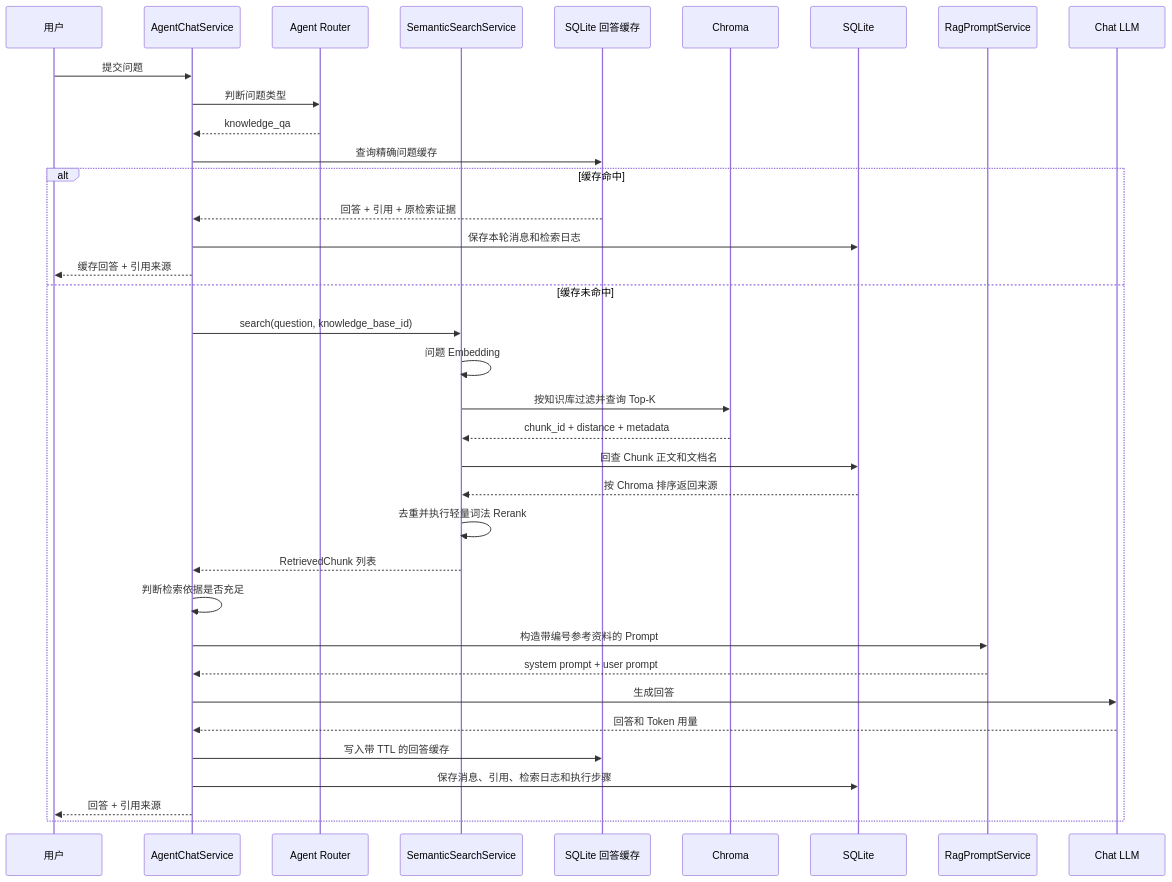
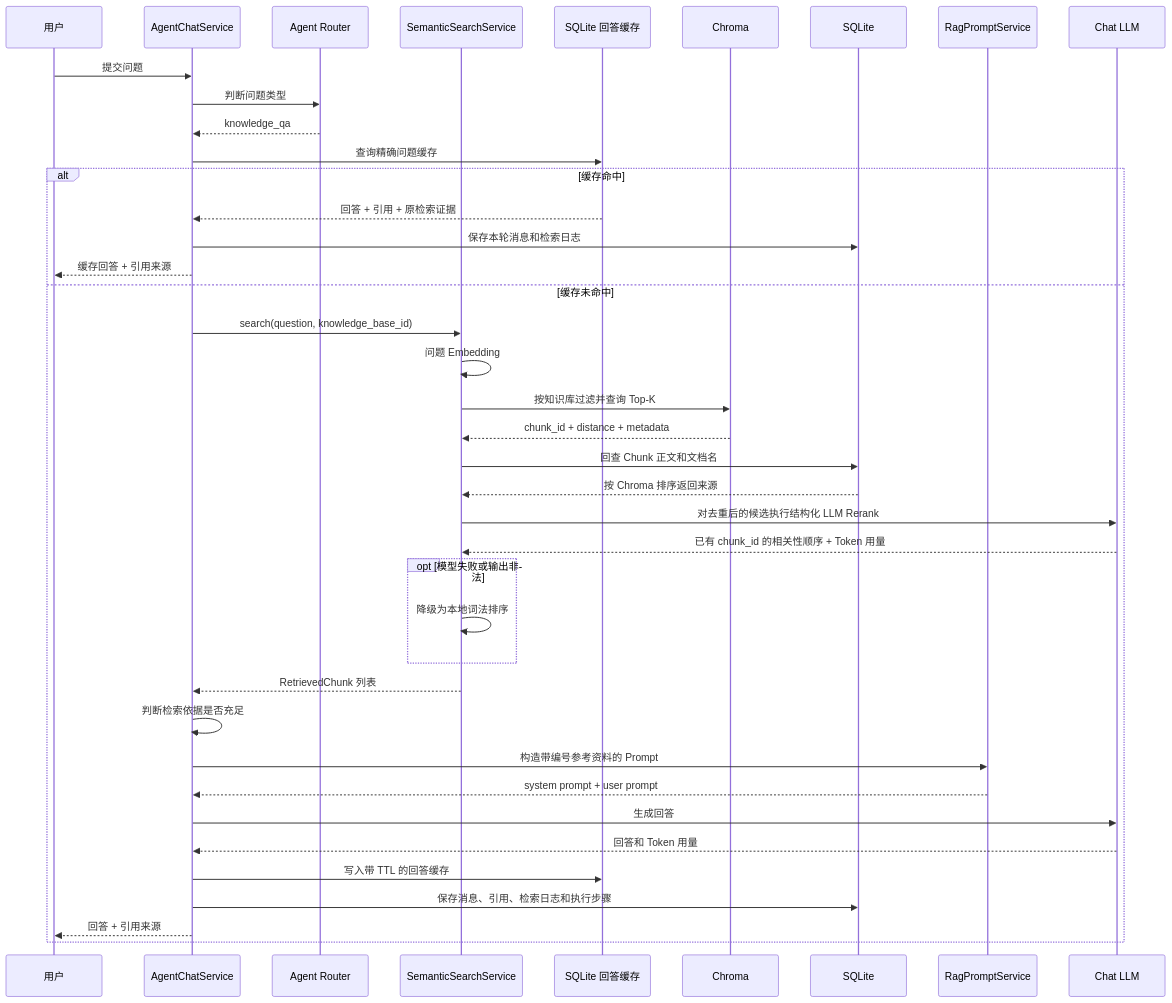
The third of 5 diagrams in docs/system_architecture.md (dejin-chen/knowflow-ai), drawn with Mermaid before and after one commit. The commit also changed other lines of this file and 27 other files, not shown here.

Commit message:
feat: 升级 LLM Rerank 并完成百题评测

````diff
--- a/docs/system_architecture.md
+++ b/docs/system_architecture.md
@@ -133,39 +133,43 @@
 ```mermaid
 sequenceDiagram
     participant U as 用户
     participant A as AgentChatService
     participant R as Agent Router
     participant S as SemanticSearchService
     participant Cache as SQLite 回答缓存
     participant C as Chroma
     participant DB as SQLite
     participant P as RagPromptService
     participant L as Chat LLM
 
     U->>A: 提交问题
     A->>R: 判断问题类型
     R-->>A: knowledge_qa
     A->>Cache: 查询精确问题缓存
     alt 缓存命中
         Cache-->>A: 回答 + 引用 + 原检索证据
         A->>DB: 保存本轮消息和检索日志
         A-->>U: 缓存回答 + 引用来源
     else 缓存未命中
     A->>S: search(question, knowledge_base_id)
     S->>S: 问题 Embedding
     S->>C: 按知识库过滤并查询 Top-K
     C-->>S: chunk_id + distance + metadata
     S->>DB: 回查 Chunk 正文和文档名
     DB-->>S: 按 Chroma 排序返回来源
-    S->>S: 去重并执行轻量词法 Rerank
+    S->>L: 对去重后的候选执行结构化 LLM Rerank
+    L-->>S: 已有 chunk_id 的相关性顺序 + Token 用量
+    opt 模型失败或输出非法
+        S->>S: 降级为本地词法排序
+    end
     S-->>A: RetrievedChunk 列表
     A->>A: 判断检索依据是否充足
     A->>P: 构造带编号参考资料的 Prompt
     P-->>A: system prompt + user prompt
     A->>L: 生成回答
     L-->>A: 回答和 Token 用量
     A->>Cache: 写入带 TTL 的回答缓存
     A->>DB: 保存消息、引用、检索日志和执行步骤
     A-->>U: 回答 + 引用来源
     end
 ```
````
